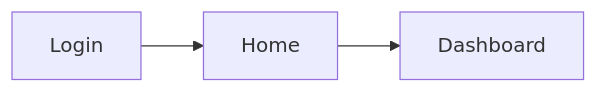
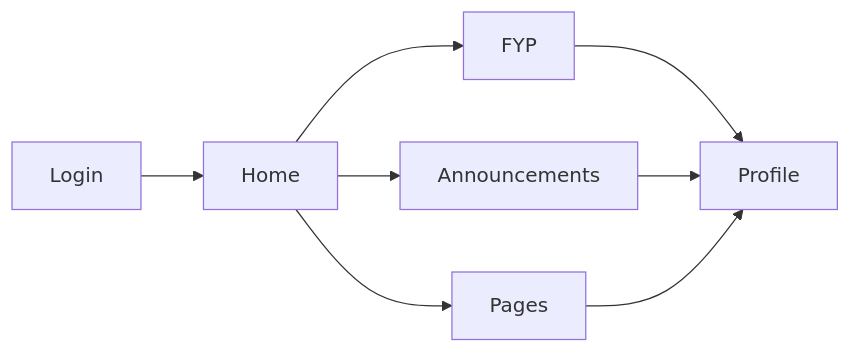
Before and after one commit to jrsnleons/app-dev-duo1: the diagram in README.md, drawn with Mermaid. The commit also changed other lines of this file and 1 other file, not shown here.

````diff
--- a/README.md
+++ b/README.md
@@ -32,5 +35,10 @@
 ```mermaid
 graph LR;
     Login-->Home;
-    Home-->Dashboard;
+    Home-->Announcements;
+    Home-->Pages;
+    Home-->FYP;
+    FYP-->Profile;
+    Announcements-->Profile;
+    Pages-->Profile;
 ```
````
